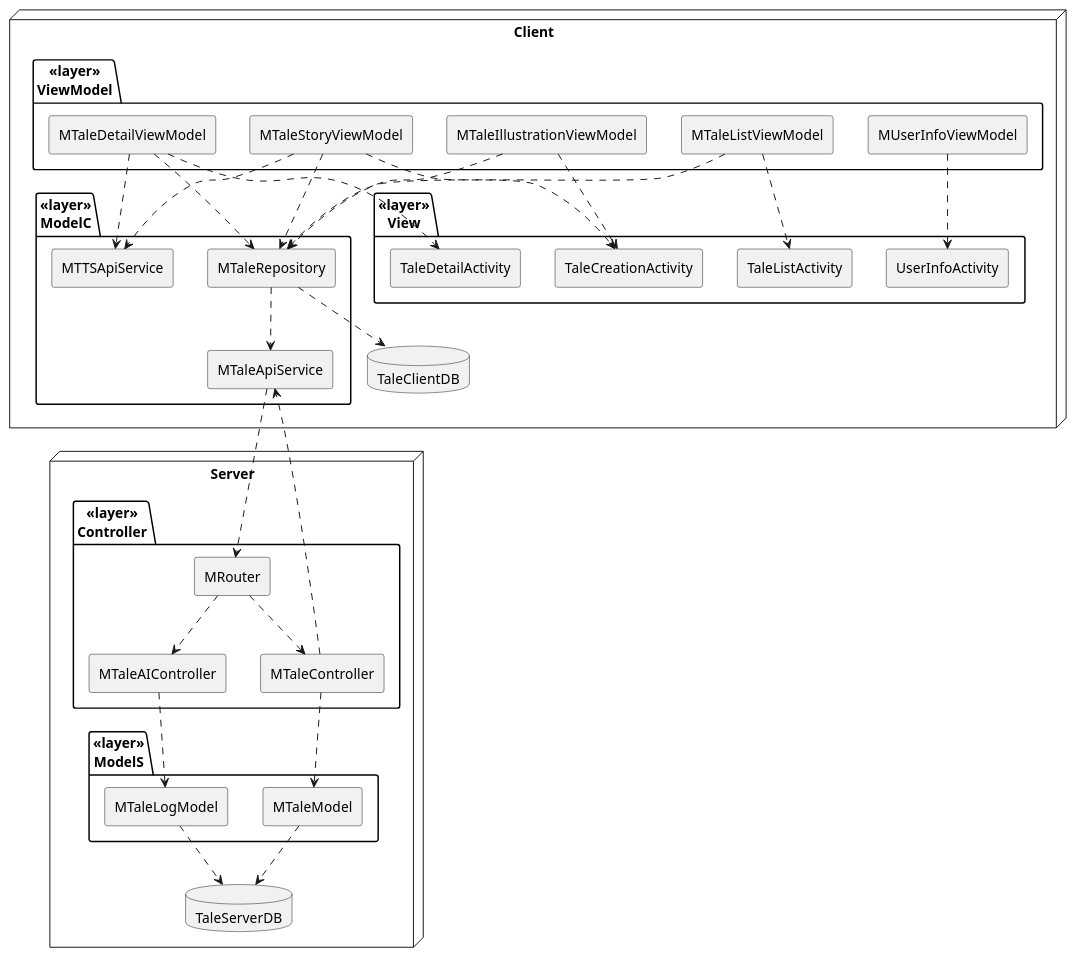
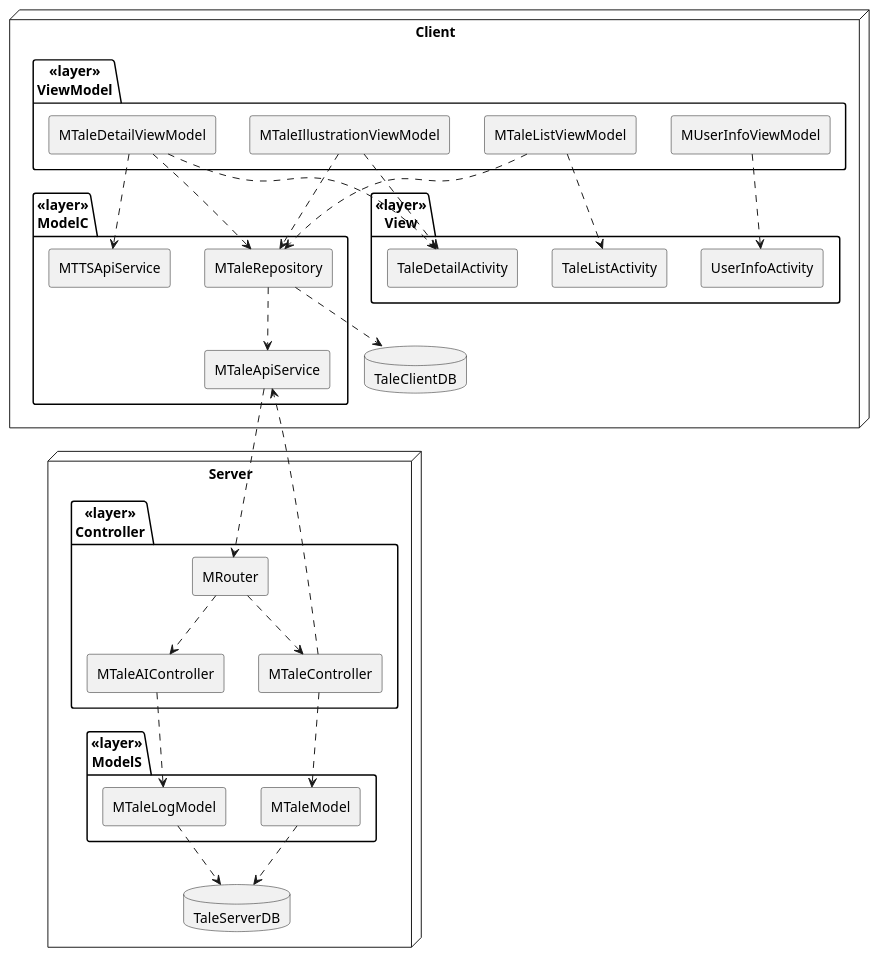
One commit to judy-juyeon-park/KTP522 changed the diagram in design/UML/LV2_module_phase2.wsd. Above: the diagram before and after it, drawn with PlantUML. The commit also changed 1 other file, not shown here.

Commit message:
[Phase 2] update UML of components and modules

```diff
--- a/design/UML/LV2_module_phase2.wsd
+++ b/design/UML/LV2_module_phase2.wsd
@@ -1,79 +1,73 @@
 @startuml lv2_module
 skinparam componentStyle rectangle
 
 node Client{
     package <<layer>>\nModelC {
         component MTaleRepository as TaleRepository
         component MTaleApiService as TaleApiService
         component MTTSApiService as TTSApiService
     }
 
     package <<layer>>\nViewModel {
         component MTaleListViewModel as TaleListViewModel
         component MTaleDetailViewModel as TaleDetailViewModel
         component MUserInfoViewModel as UserInfoViewModel
-        component MTaleStoryViewModel as TaleStoryViewModel
         component MTaleIllustrationViewModel as TaleIllustrationViewModel
     }
 
     package <<layer>>\nView {
         component TaleListActivity
         component TaleDetailActivity
         component UserInfoActivity
-        component TaleCreationActivity
     }
 
     database TaleClientDB
 }
 
 
 
 node Server {
 
     package <<layer>>\nController {
         component MRouter as Router
         component MTaleController as TaleController
         component MTaleAIController as TaleAIController
     }
 
     package <<layer>>\nModelS {
         component MTaleModel as TaleModel
         component MTaleLogModel as TaleLogModel
     }
 
     database TaleServerDB
 }
 
 Router ..> TaleController
 TaleController ..> TaleModel
 TaleModel ..> TaleServerDB
 
 Router ..> TaleAIController
 TaleAIController ..> TaleLogModel
 TaleLogModel ..> TaleServerDB
 
 TaleRepository ..> TaleClientDB
 TaleRepository ..> TaleApiService
 TaleDetailViewModel ..> TTSApiService
 
 TaleListViewModel ..> TaleRepository
 TaleDetailViewModel ..> TaleRepository
 
 TaleListViewModel ..> TaleListActivity
 TaleDetailViewModel ..> TaleDetailActivity
 
-TaleStoryViewModel ..> TaleRepository
-TaleStoryViewModel ..> TaleCreationActivity
-TaleStoryViewModel ..> TTSApiService
-
 TaleIllustrationViewModel ..> TaleRepository
-TaleIllustrationViewModel ..> TaleCreationActivity
+TaleIllustrationViewModel ..> TaleDetailActivity
 
 UserInfoViewModel ..> UserInfoActivity
 
 TaleApiService ..> Router
 TaleController ..> TaleApiService
 
 
 
 @enduml
```
